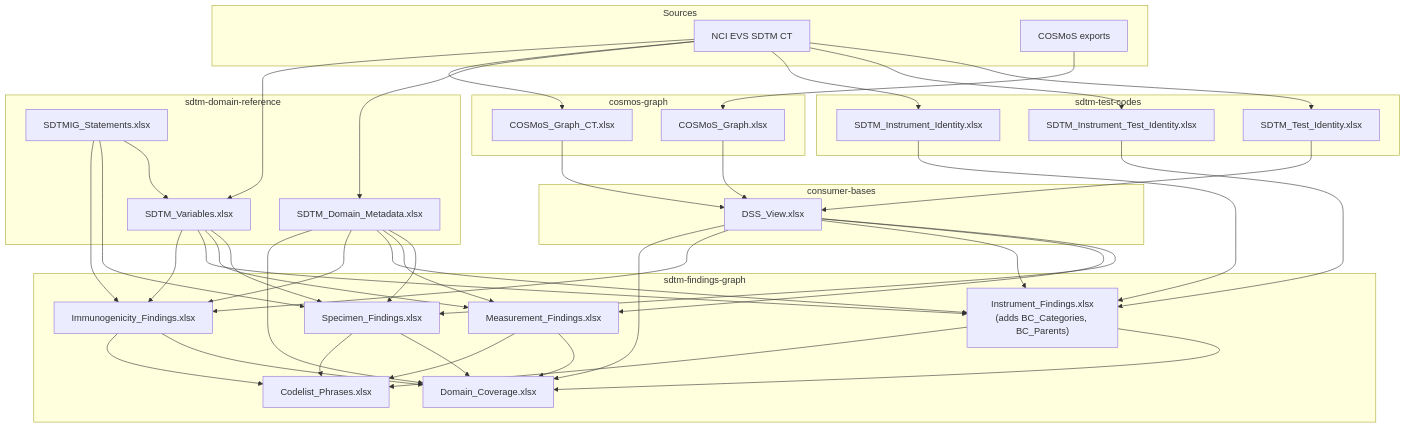
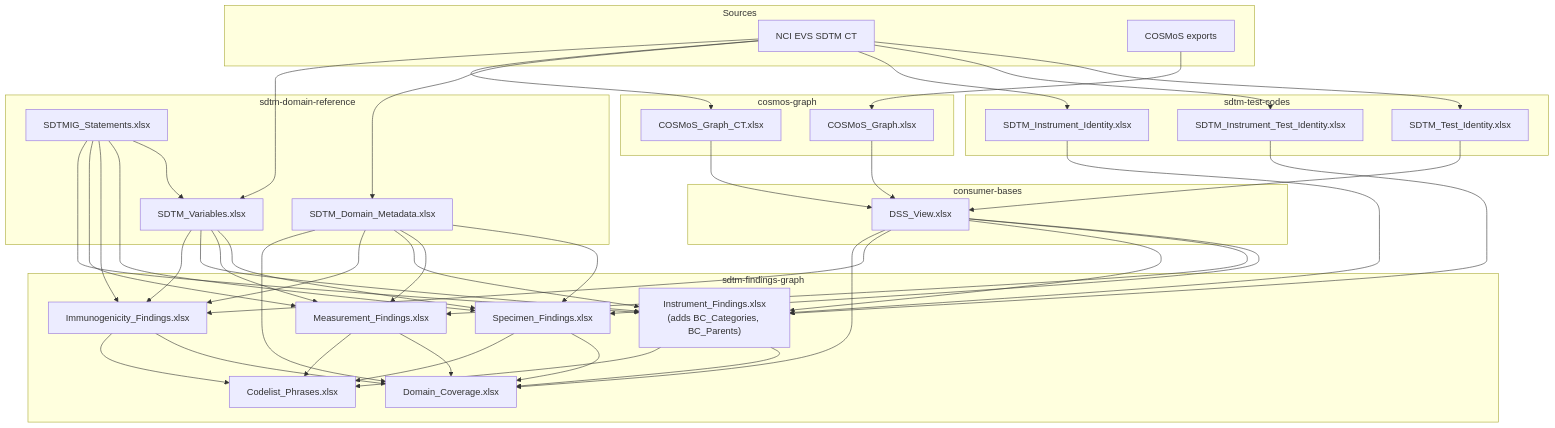
One commit to kerfors/cdisc-for-ai changed the first of 2 diagrams in docs/Data_Flow.md. Above: the diagram before and after it, drawn with Mermaid. The commit also changed other lines of this file and 6 other files, not shown here.

````diff
--- a/docs/Data_Flow.md
+++ b/docs/Data_Flow.md
@@ -9,77 +9,79 @@
 ```mermaid
 graph TD
     subgraph Sources
         EVS["NCI EVS SDTM CT"]
         COS["COSMoS exports"]
     end
 
     subgraph sdtm-test-codes
         TI["SDTM_Test_Identity.xlsx"]
         ITI["SDTM_Instrument_Test_Identity.xlsx"]
         II["SDTM_Instrument_Identity.xlsx"]
     end
 
     subgraph cosmos-graph
         CG["COSMoS_Graph.xlsx"]
         CGC["COSMoS_Graph_CT.xlsx"]
     end
 
     subgraph sdtm-domain-reference
         DM["SDTM_Domain_Metadata.xlsx"]
         STM["SDTMIG_Statements.xlsx"]
         SVR["SDTM_Variables.xlsx"]
     end
 
     subgraph consumer-bases
         DV["DSS_View.xlsx"]
     end
 
     subgraph sdtm-findings-graph
         SF["Specimen_Findings.xlsx"]
         MF["Measurement_Findings.xlsx"]
         IF["Instrument_Findings.xlsx<br/>(adds BC_Categories, BC_Parents)"]
         IMF["Immunogenicity_Findings.xlsx"]
         DC["Domain_Coverage.xlsx"]
         CPH["Codelist_Phrases.xlsx"]
     end
 
     EVS --> TI
     EVS --> ITI
     EVS --> II
     EVS --> DM
     EVS --> CGC
     COS --> CG
 
     CG --> DV
     CGC --> DV
     TI --> DV
 
     DV --> SF
     DV --> MF
     DV --> IF
     DV --> IMF
     DM --> SF
     DM --> MF
     STM --> SVR
     EVS --> SVR
     STM --> SF
     STM --> IMF
+    STM --> MF
+    STM --> IF
     SVR --> SF
     SVR --> MF
     SVR --> IF
     SVR --> IMF
     DM --> IF
     DM --> IMF
     II --> IF
     ITI --> IF
     SF --> DC
     MF --> DC
     IF --> DC
     IMF --> DC
     SF --> CPH
     MF --> CPH
     IF --> CPH
     IMF --> CPH
     DM --> DC
     DV --> DC
 ```
````
